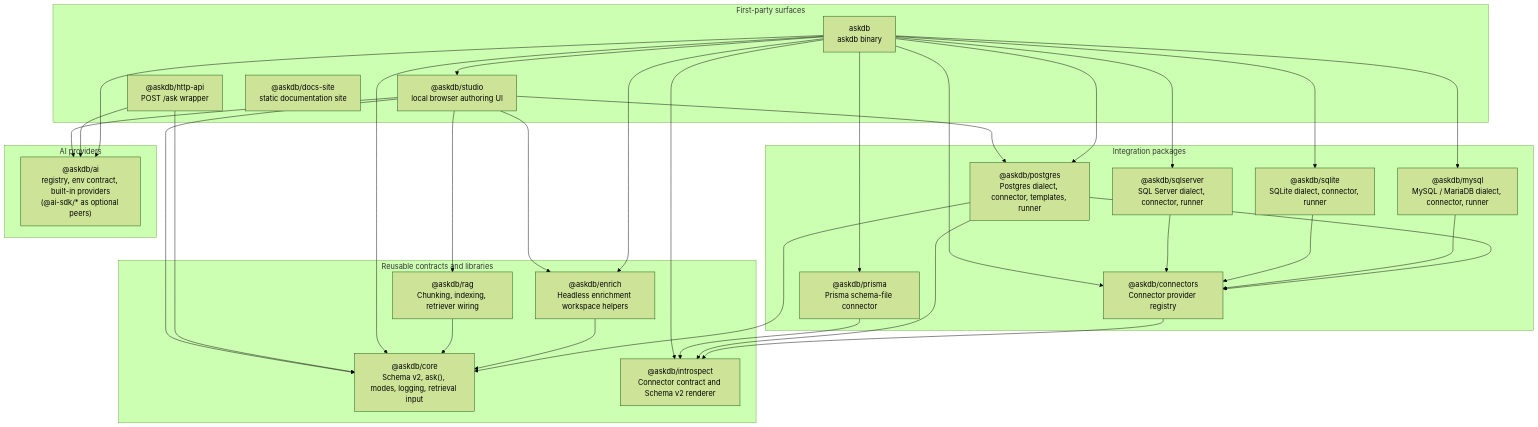
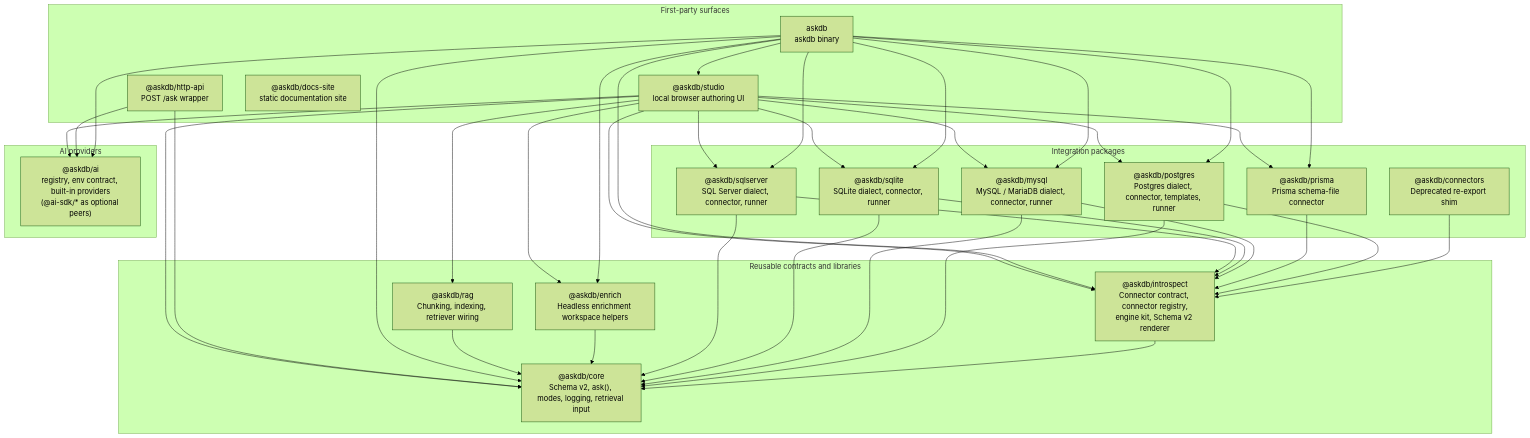
One commit to Ygilany/AskDB changed the second of 7 diagrams in docs/architecture.md. Above: the diagram before and after it, drawn with Mermaid (forest theme). The commit also changed other lines of this file and 49 other files, not shown here.

````diff
--- a/docs/architecture.md
+++ b/docs/architecture.md
@@ -38,58 +38,65 @@
 ```mermaid
 flowchart TB
   subgraph Contracts["Reusable contracts and libraries"]
     core["@askdb/core<br/>Schema v2, ask(), modes, logging, retrieval input"]
-    introspect["@askdb/introspect<br/>Connector contract and Schema v2 renderer"]
+    introspect["@askdb/introspect<br/>Connector contract, connector registry,<br/>engine kit, Schema v2 renderer"]
     enrich["@askdb/enrich<br/>Headless enrichment workspace helpers"]
     rag["@askdb/rag<br/>Chunking, indexing, retriever wiring"]
   end
 
   subgraph Integrations["Integration packages"]
     postgres["@askdb/postgres<br/>Postgres dialect, connector, templates, runner"]
     prisma["@askdb/prisma<br/>Prisma schema-file connector"]
-    connectors["@askdb/connectors<br/>Connector provider registry"]
+    connectors["@askdb/connectors<br/>Deprecated re-export shim"]
     mysql["@askdb/mysql<br/>MySQL / MariaDB dialect, connector, runner"]
     sqlite["@askdb/sqlite<br/>SQLite dialect, connector, runner"]
     sqlserver["@askdb/sqlserver<br/>SQL Server dialect, connector, runner"]
   end
 
   subgraph AI["AI providers"]
     aiPkg["@askdb/ai<br/>registry, env contract, built-in providers<br/>(@ai-sdk/* as optional peers)"]
   end
 
   subgraph Surfaces["First-party surfaces"]
     cli["askdb<br/>askdb binary"]
     http["@askdb/http-api<br/>POST /ask wrapper"]
     studio["@askdb/studio<br/>local browser authoring UI"]
     docsSite["@askdb/docs-site<br/>static documentation site"]
   end
 
   connectors --> introspect
+  introspect --> core
   postgres --> core
   postgres --> introspect
-  postgres --> connectors
   prisma --> introspect
-  mysql --> connectors
-  sqlite --> connectors
-  sqlserver --> connectors
+  mysql --> core
+  mysql --> introspect
+  sqlite --> core
+  sqlite --> introspect
+  sqlserver --> core
+  sqlserver --> introspect
   enrich --> core
   rag --> core
   cli --> core
   cli --> introspect
   cli --> postgres
   cli --> prisma
-  cli --> connectors
   cli --> mysql
   cli --> sqlite
   cli --> sqlserver
   cli --> enrich
   cli --> studio
   cli --> aiPkg
   http --> core
   http --> aiPkg
   studio --> core
+  studio --> introspect
   studio --> enrich
   studio --> postgres
+  studio --> mysql
+  studio --> sqlite
+  studio --> sqlserver
+  studio --> prisma
   studio --> rag
   studio --> aiPkg
 ```
````
